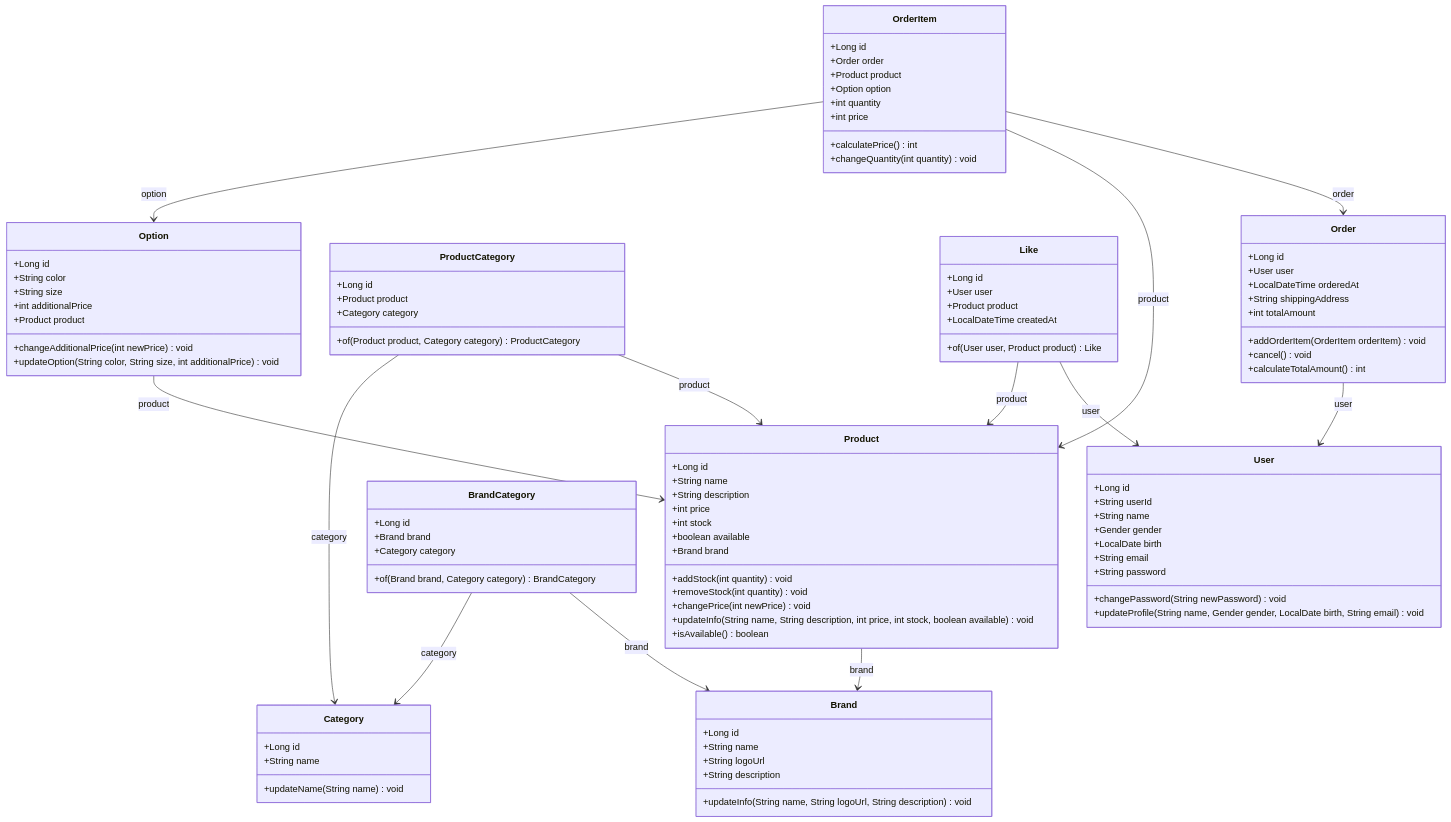
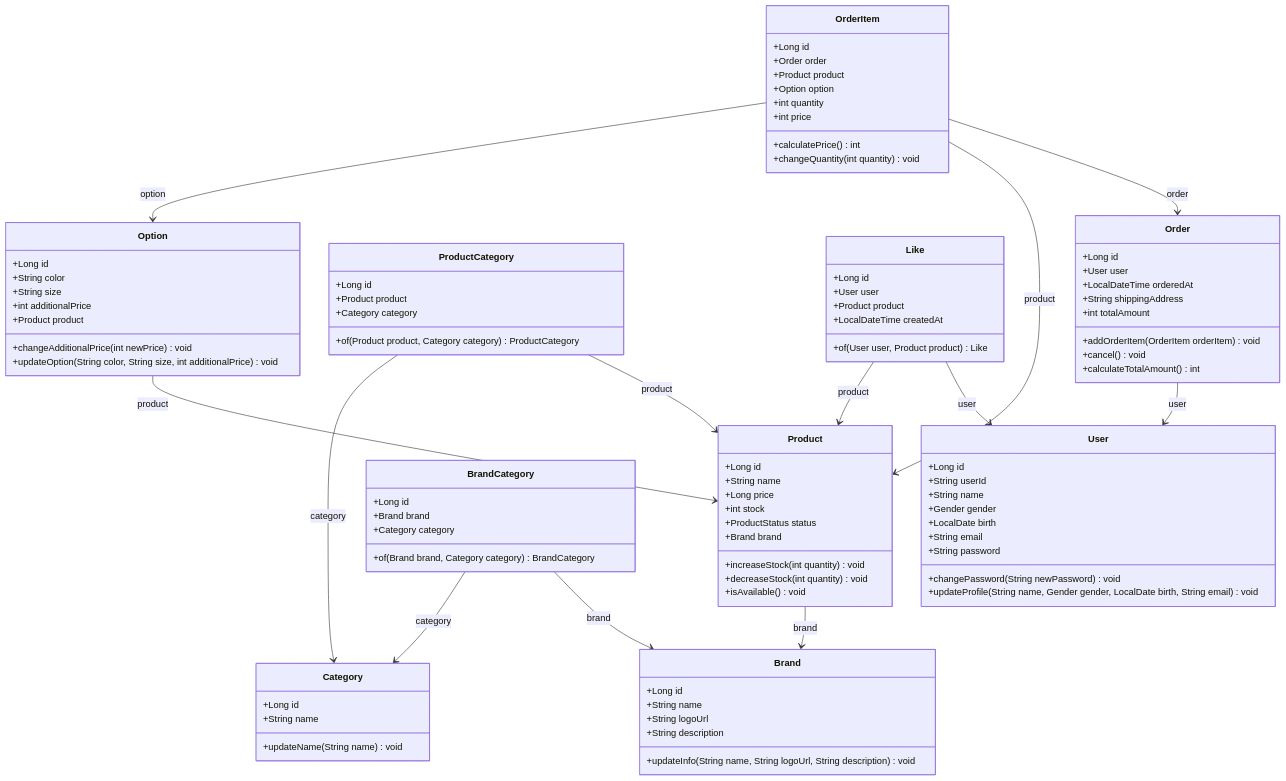
The diagram in docs/design/03-class-diagrams.md (HuijinKang/loopers-e-commerce), drawn with Mermaid before and after one commit.

Commit message:
클래스 다이어그램 수정 2차

```diff
--- a/docs/design/03-class-diagrams.md
+++ b/docs/design/03-class-diagrams.md
@@ -6,17 +6,14 @@
 class Product {
   +Long id
   +String name
-  +String description
-  +int price
+  +Long price
   +int stock
-  +boolean available
+  +ProductStatus status
   +Brand brand
 
-  +addStock(int quantity) void
-  +removeStock(int quantity) void
-  +changePrice(int newPrice) void
-  +updateInfo(String name, String description, int price, int stock, boolean available) void
-  +isAvailable() boolean
+  +increaseStock(int quantity) void
+  +decreaseStock(int quantity) void
+  +isAvailable() void
 }
 
 class Option {
```
